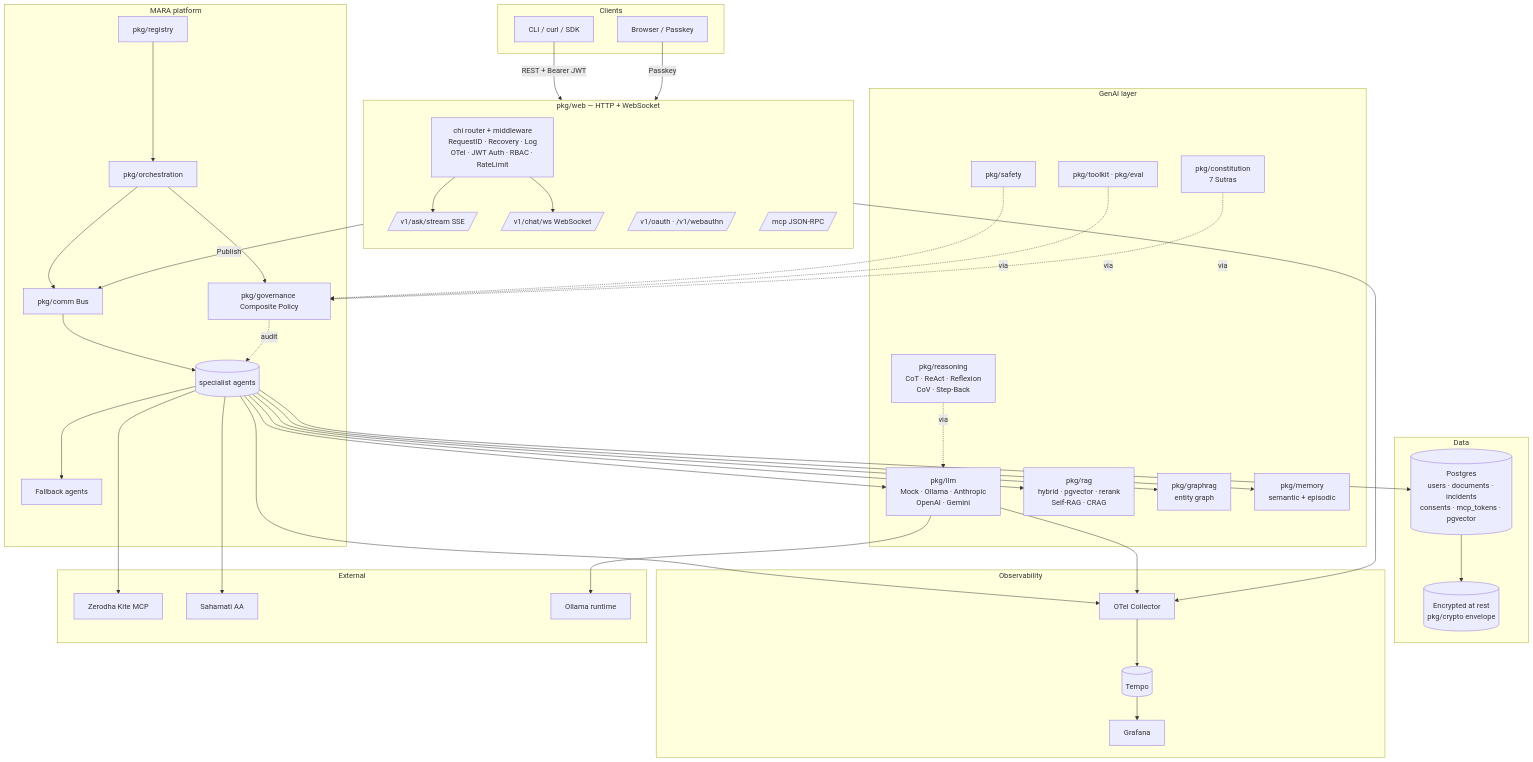
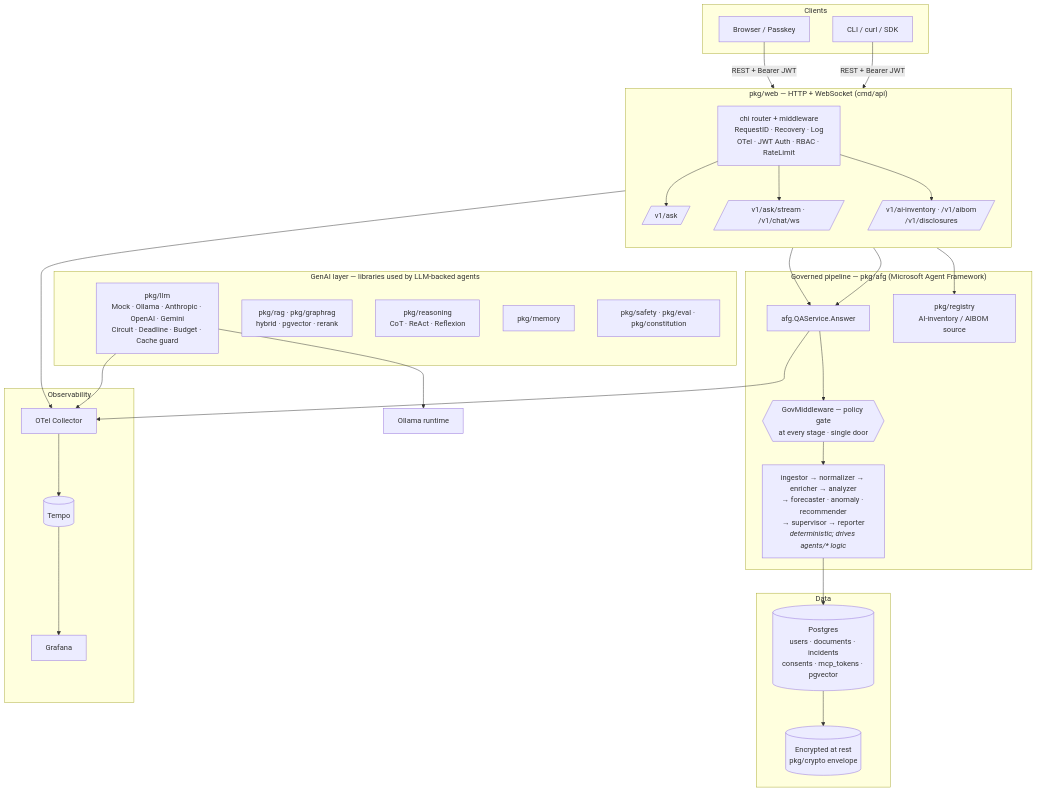
Before and after one commit to c2siorg/genie: the diagram in README.md, drawn with Mermaid. The commit also changed other lines of this file and 9 other files, not shown here.

First line of the commit message:
docs+chore: open-source audit fixes (honesty + hygiene)

````diff
--- a/README.md
+++ b/README.md
@@ -48,82 +52,54 @@
 ```mermaid
 flowchart TB
     subgraph Clients
         UA[CLI / curl / SDK]
         BR[Browser / Passkey]
     end
 
-    subgraph Edge["pkg/web — HTTP + WebSocket"]
+    subgraph Edge["pkg/web — HTTP + WebSocket (cmd/api)"]
         direction TB
         MW[chi router + middleware<br/>RequestID · Recovery · Log<br/>OTel · JWT Auth · RBAC · RateLimit]
-        SSE[/v1/ask/stream SSE/]
-        WS[/v1/chat/ws WebSocket/]
-        OAUTH[/v1/oauth · /v1/webauthn/]
-        MCPEP[/mcp JSON-RPC/]
+        ASK[/v1/ask/]
+        SSE[/v1/ask/stream · /v1/chat/ws/]
+        INV[/v1/ai-inventory · /v1/aibom<br/>/v1/disclosures/]
     end
 
-    subgraph Platform["MARA platform"]
-        ORCH[pkg/orchestration]
-        BUS[pkg/comm Bus]
-        REG[pkg/registry]
-        POL[pkg/governance Composite Policy]
-        AGENTS[(specialist agents)]
-        FB[Fallback agents]
-        ORCH --> BUS
-        ORCH --> POL
-        REG --> ORCH
-        BUS --> AGENTS
-        AGENTS --> FB
+    subgraph Runtime["Governed pipeline — pkg/afg (Microsoft Agent Framework)"]
+        QA[afg.QAService.Answer]
+        GATE{{GovMiddleware — policy gate<br/>at every stage · single door}}
+        STAGES[ingestor → normalizer → enricher → analyzer<br/>→ forecaster · anomaly · recommender<br/>→ supervisor → reporter<br/><i>deterministic; drives agents/* logic</i>]
+        REG[pkg/registry<br/>AI-inventory / AIBOM source]
+        QA --> GATE --> STAGES
     end
 
-    subgraph AI["GenAI layer"]
-        LLM[pkg/llm<br/>Mock · Ollama · Anthropic<br/>OpenAI · Gemini]
-        RAG[pkg/rag<br/>hybrid · pgvector · rerank<br/>Self-RAG · CRAG]
-        GRAG[pkg/graphrag<br/>entity graph]
-        REAS[pkg/reasoning<br/>CoT · ReAct · Reflexion<br/>CoV · Step-Back]
-        MEM[pkg/memory<br/>semantic + episodic]
-        CONST[pkg/constitution<br/>7 Sutras]
-        TOOL[pkg/toolkit · pkg/eval]
-        SAFE[pkg/safety]
+    subgraph AI["GenAI layer — libraries used by LLM-backed agents"]
+        LLM[pkg/llm<br/>Mock · Ollama · Anthropic · OpenAI · Gemini<br/>Circuit · Deadline · Budget · Cache guard]
+        RAG[pkg/rag · pkg/graphrag<br/>hybrid · pgvector · rerank]
+        REAS[pkg/reasoning<br/>CoT · ReAct · Reflexion]
+        MEM[pkg/memory]
+        SAFE[pkg/safety · pkg/eval · pkg/constitution]
     end
 
     subgraph Data
         PG[(Postgres<br/>users · documents · incidents<br/>consents · mcp_tokens · pgvector)]
         VAULT[(Encrypted at rest<br/>pkg/crypto envelope)]
     end
 
     subgraph Observability
-        OTLP[OTel Collector]
-        TEMPO[(Tempo)]
-        GRAF[Grafana]
-        OTLP --> TEMPO --> GRAF
+        OTLP[OTel Collector] --> TEMPO[(Tempo)] --> GRAF[Grafana]
     end
 
-    subgraph External
-        KITE[Zerodha Kite MCP]
-        AA[Sahamati AA]
-        OLLAMA[Ollama runtime]
-    end
+    OLLAMA[Ollama runtime]
 
     UA -->|REST + Bearer JWT| MW
-    BR -->|Passkey| OAUTH
-    MW --> SSE
-    MW --> WS
-    MW -->|Publish| BUS
-    AGENTS --> LLM
-    AGENTS --> RAG
-    AGENTS --> GRAG
-    AGENTS --> MEM
+    BR -->|REST + Bearer JWT| MW
+    MW --> ASK --> QA
+    MW --> SSE --> QA
+    MW --> INV --> REG
+    STAGES --> PG
+    PG --> VAULT
+    QA --> OTLP
+    MW --> OTLP
     LLM --> OLLAMA
-    AGENTS --> KITE
-    AGENTS --> AA
-    AGENTS --> PG
-    PG --> VAULT
-    AGENTS --> OTLP
-    MW --> OTLP
     LLM --> OTLP
-    POL -.audit.-> AGENTS
-    REAS -.via.-> LLM
-    SAFE -.via.-> POL
-    TOOL -.via.-> POL
-    CONST -.via.-> POL
 ```
````
